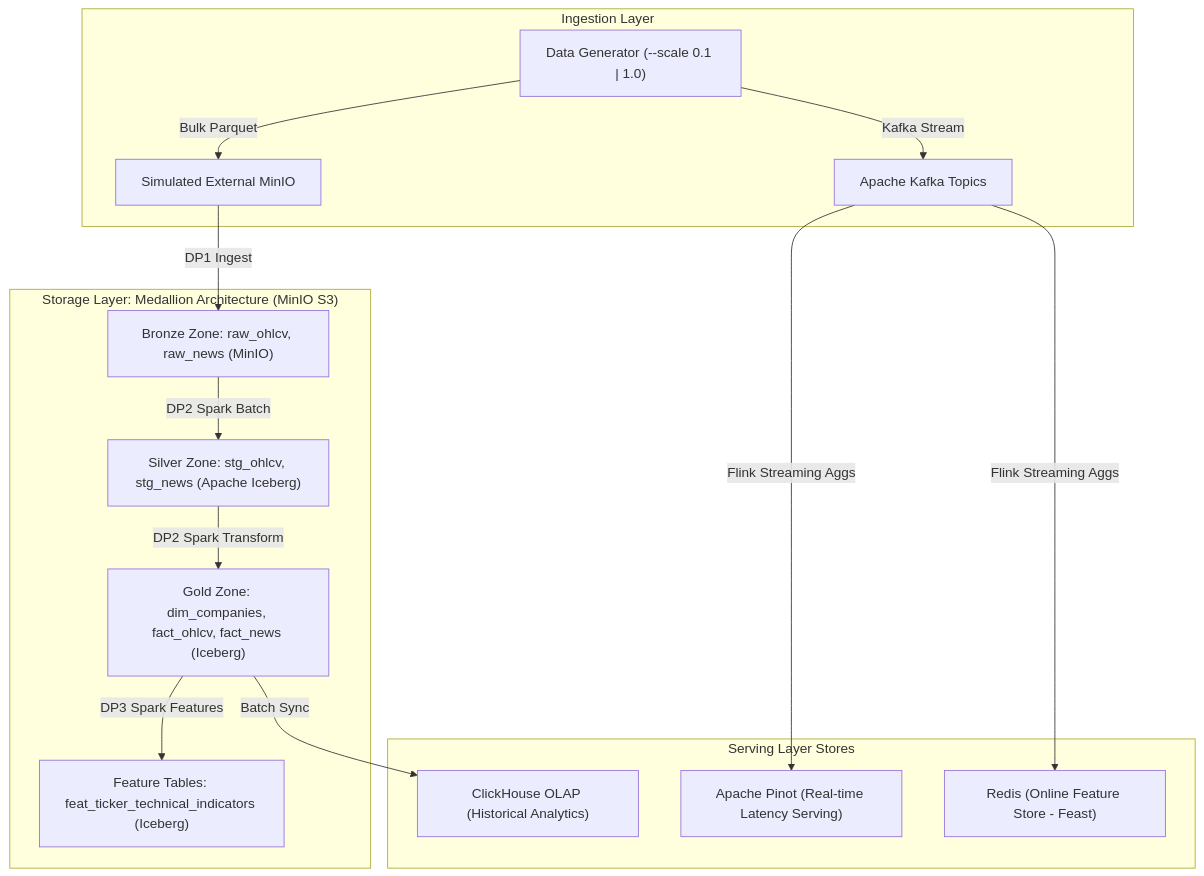
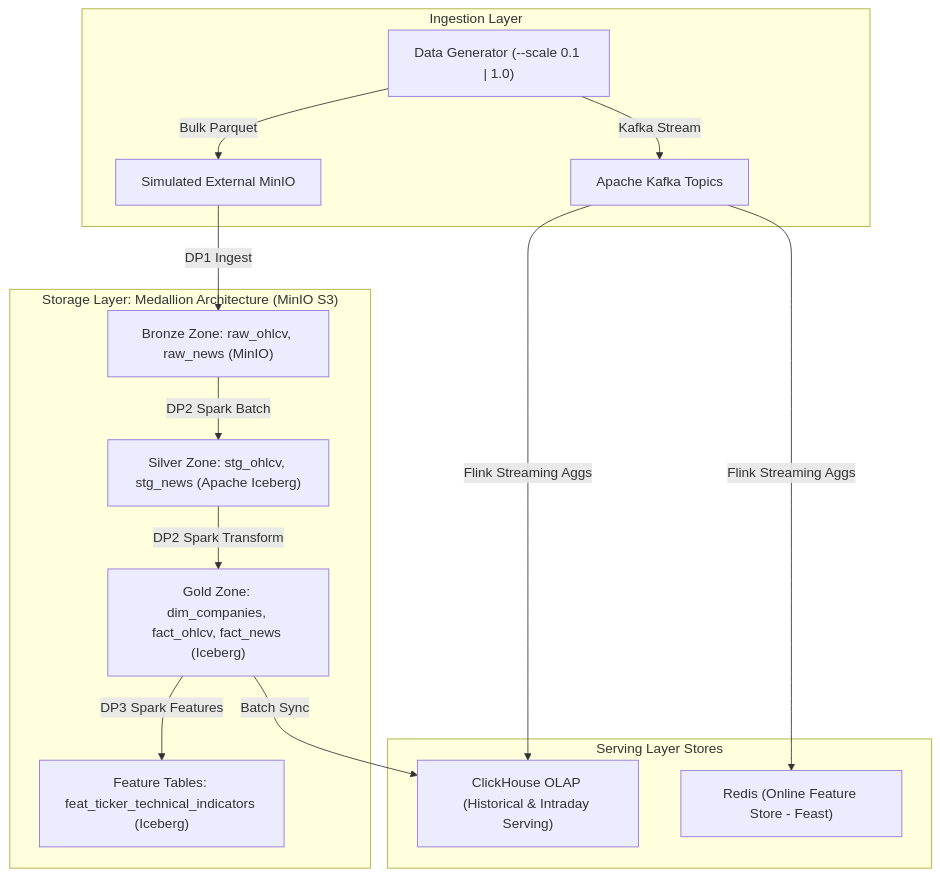
Before and after one commit to LongDeutsch/edai_quant_k11: the diagram in domain/quant/01_data_platform.md, drawn with Mermaid. The commit also changed other lines of this file and 159 other files, not shown here.

````diff
--- a/domain/quant/01_data_platform.md
+++ b/domain/quant/01_data_platform.md
@@ -111,20 +111,20 @@
 ```mermaid
 flowchart TD
     subgraph Ingestion["Ingestion Layer"]
         Gen["Data Generator (--scale 0.1 | 1.0)"] -->|"Bulk Parquet"| ExtMinIO["Simulated External MinIO"]
         Gen -->|"Kafka Stream"| Kafka["Apache Kafka Topics"]
     end
 
     subgraph Lakehouse["Storage Layer: Medallion Architecture (MinIO S3)"]
         ExtMinIO -->|"DP1 Ingest"| Bronze["Bronze Zone: raw_ohlcv, raw_news (MinIO)"]
         Bronze -->|"DP2 Spark Batch"| Silver["Silver Zone: stg_ohlcv, stg_news (Apache Iceberg)"]
         Silver -->|"DP2 Spark Transform"| Gold["Gold Zone: dim_companies, fact_ohlcv, fact_news (Iceberg)"]
         Gold -->|"DP3 Spark Features"| Feat["Feature Tables: feat_ticker_technical_indicators (Iceberg)"]
     end
 
     subgraph ServingStorage["Serving Layer Stores"]
-        Gold -->|"Batch Sync"| ClickHouse["ClickHouse OLAP (Historical Analytics)"]
-        Kafka -->|"Flink Streaming Aggs"| Pinot["Apache Pinot (Real-time Latency Serving)"]
+        Gold -->|"Batch Sync"| ClickHouse["ClickHouse OLAP (Historical & Intraday Serving)"]
+        Kafka -->|"Flink Streaming Aggs"| ClickHouse
         Kafka -->|"Flink Streaming Aggs"| Redis["Redis (Online Feature Store - Feast)"]
     end
 ```
````
